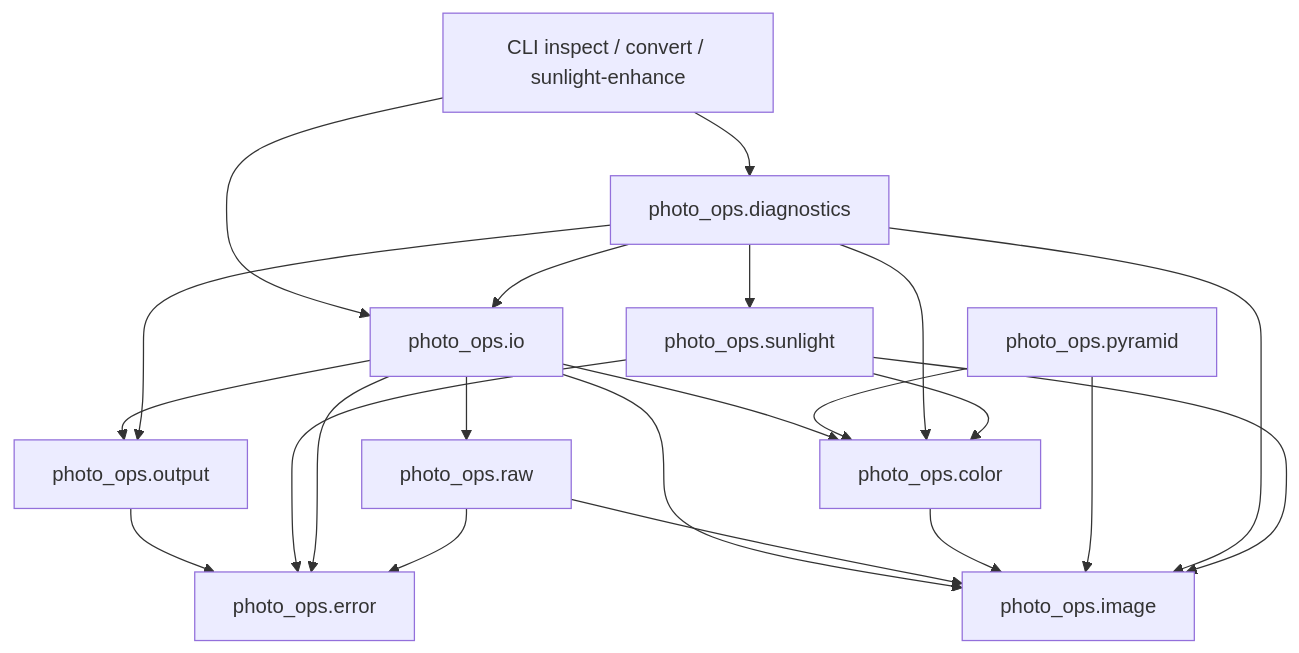
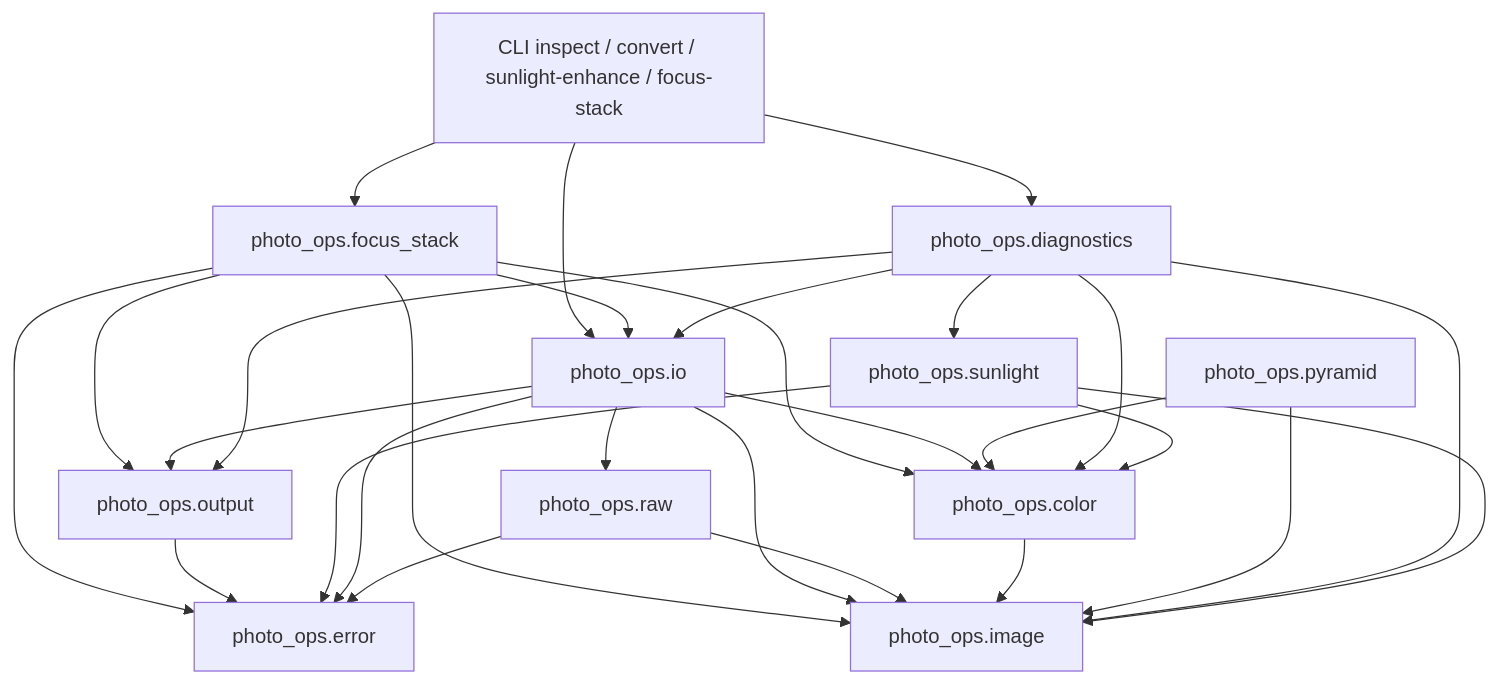
One commit to jipeng4974/photo-ops changed the diagram in docs/architecture.md. Above: the diagram before and after it, drawn with Mermaid. The commit also changed other lines of this file and 19 other files, not shown here.

````diff
--- a/docs/architecture.md
+++ b/docs/architecture.md
@@ -5,24 +5,30 @@
 ```mermaid
 graph TD
-    CLI[CLI inspect / convert / sunlight-enhance] --> IO[photo_ops.io]
+    CLI[CLI inspect / convert / sunlight-enhance / focus-stack] --> IO[photo_ops.io]
     CLI --> DIAG[photo_ops.diagnostics]
+    CLI --> FOCUS[photo_ops.focus_stack]
+    FOCUS --> IO
+    FOCUS --> OUT
+    FOCUS --> IMAGE
+    FOCUS --> COLOR
+    FOCUS --> ERR
     IO --> OUT[photo_ops.output]
     OUT --> ERR
     DIAG --> OUT
     IO --> RAW[photo_ops.raw]
     IO --> COLOR[photo_ops.color]
     IO --> IMAGE[photo_ops.image]
     RAW --> IMAGE
     COLOR --> IMAGE
     PYRAMID[photo_ops.pyramid] --> COLOR
     PYRAMID --> IMAGE
     DIAG --> COLOR
     DIAG --> IMAGE
     DIAG --> SUN[photo_ops.sunlight]
     DIAG --> IO
     SUN --> COLOR
     SUN --> IMAGE
     SUN --> ERR[photo_ops.error]
     IO --> ERR
     RAW --> ERR
 ```
````
